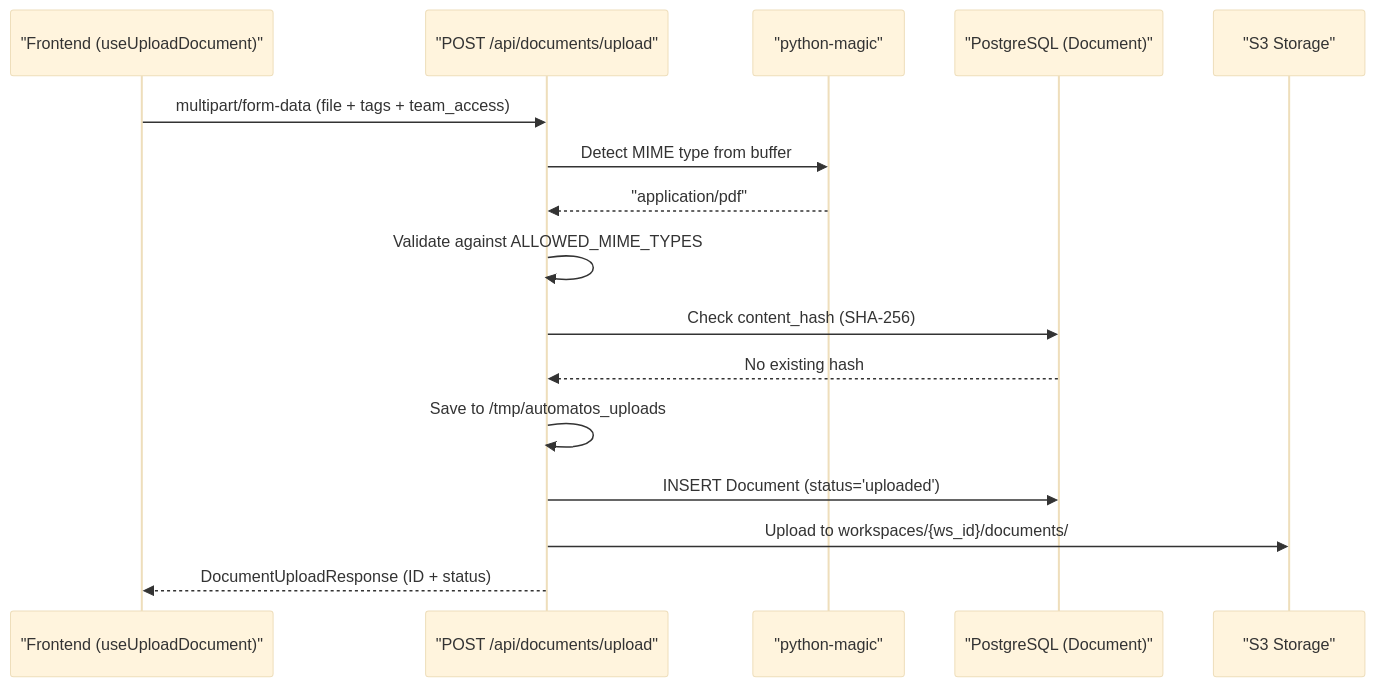
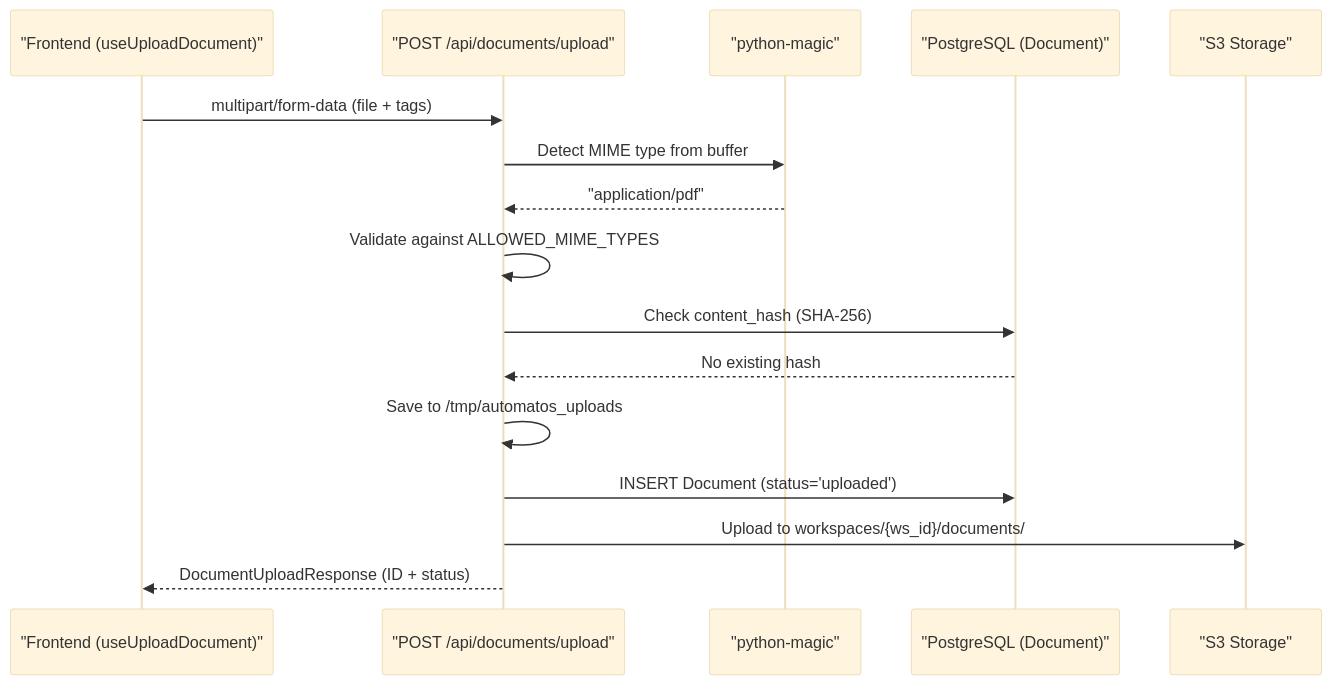
The third of 4 diagrams in docs/knowledge-base-rag/document-management.md (AutomatosAI/automatos-ai), drawn with Mermaid (base theme) before and after one commit. The commit also changed other lines of this file and 153 other files, not shown here.

````diff
--- a/docs/knowledge-base-rag/document-management.md
+++ b/docs/knowledge-base-rag/document-management.md
@@ -134,19 +129,19 @@
 ```mermaid
 sequenceDiagram
     participant Client as "Frontend (useUploadDocument)"
     participant API as "POST /api/documents/upload"
     participant Magic as "python-magic"
     participant DB as "PostgreSQL (Document)"
     participant S3 as "S3 Storage"
     
-    Client->>API: multipart/form-data (file + tags + team_access)
+    Client->>API: multipart/form-data (file + tags)
     API->>Magic: Detect MIME type from buffer
     Magic-->>API: "application/pdf"
     API->>API: Validate against ALLOWED_MIME_TYPES
     API->>DB: Check content_hash (SHA-256)
     DB-->>API: No existing hash
     API->>API: Save to /tmp/automatos_uploads
     API->>DB: INSERT Document (status='uploaded')
     API->>S3: Upload to workspaces/{ws_id}/documents/
     API-->>Client: DocumentUploadResponse (ID + status)
 ```
````
